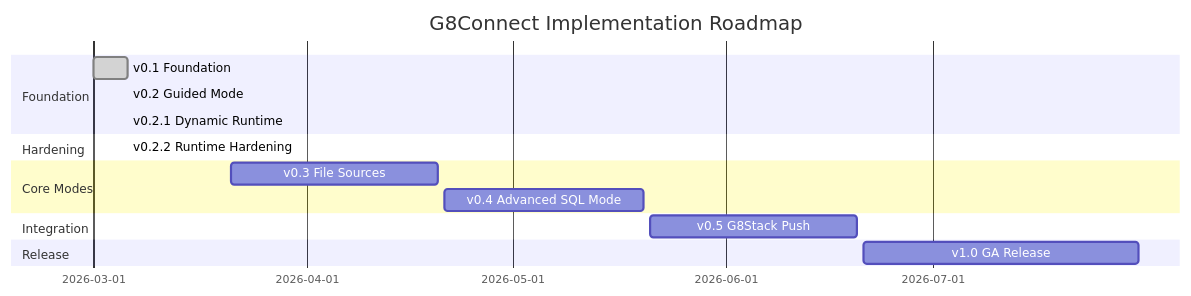
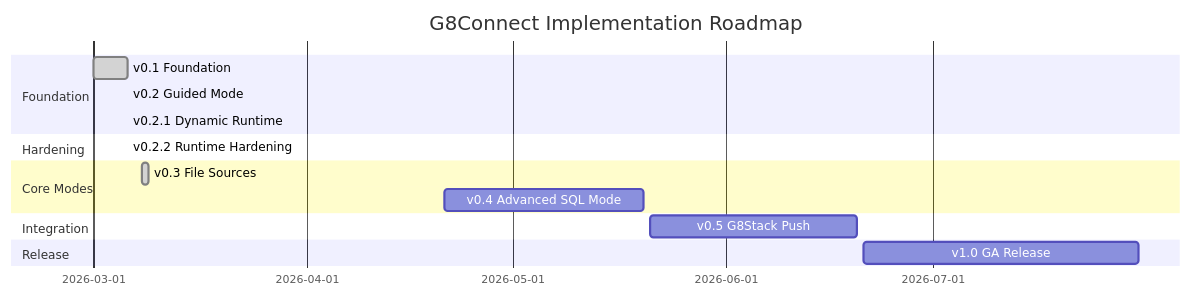
One commit to developers-hub-my/g8stack-connect changed the first of 3 diagrams in docs/05-roadmap/01-implementation-roadmap.md. Above: the diagram before and after it, drawn with Mermaid. The commit also changed other lines of this file and 5 other files, not shown here.

First line of the commit message:
Update docs for v0.3 completion — connector architecture, file sources

````diff
--- a/docs/05-roadmap/01-implementation-roadmap.md
+++ b/docs/05-roadmap/01-implementation-roadmap.md
@@ -23,18 +23,18 @@
 ```mermaid
 gantt
   title G8Connect Implementation Roadmap
   dateFormat YYYY-MM-DD
   section Foundation
     v0.1 Foundation         :done, 2026-03-01, 2026-03-06
     v0.2 Guided Mode        :done, 2026-03-06, 2026-03-06
     v0.2.1 Dynamic Runtime  :done, 2026-03-06, 2026-03-06
   section Hardening
     v0.2.2 Runtime Hardening :done, 2026-03-06, 2026-03-06
   section Core Modes
-    v0.3 File Sources       :2026-03-21, 2026-04-20
+    v0.3 File Sources       :done, 2026-03-08, 2026-03-09
     v0.4 Advanced SQL Mode  :2026-04-21, 2026-05-20
   section Integration
     v0.5 G8Stack Push       :2026-05-21, 2026-06-20
   section Release
     v1.0 GA Release         :2026-06-21, 2026-07-31
 ```
````
